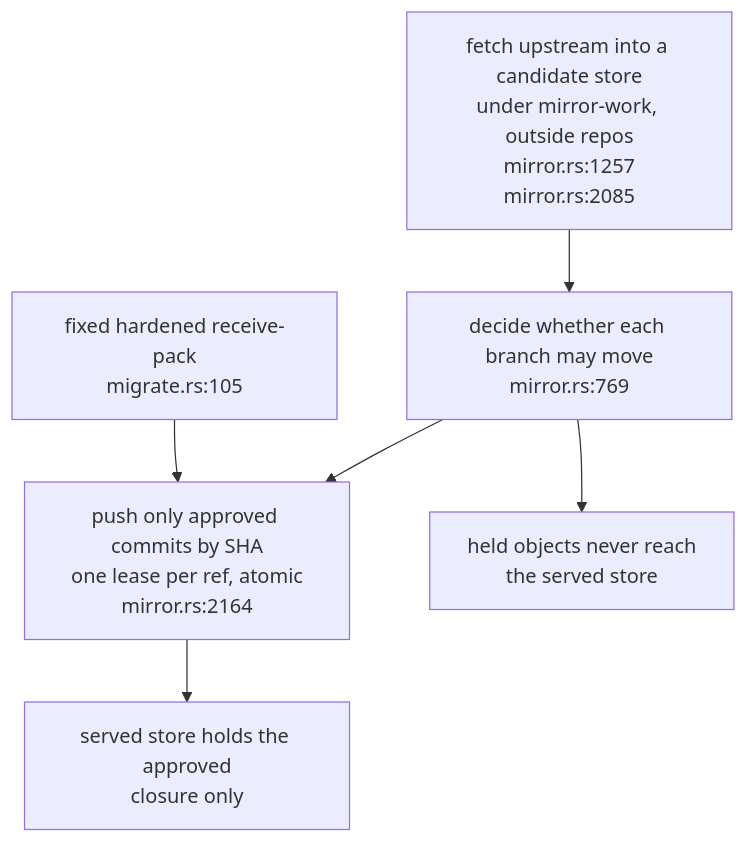
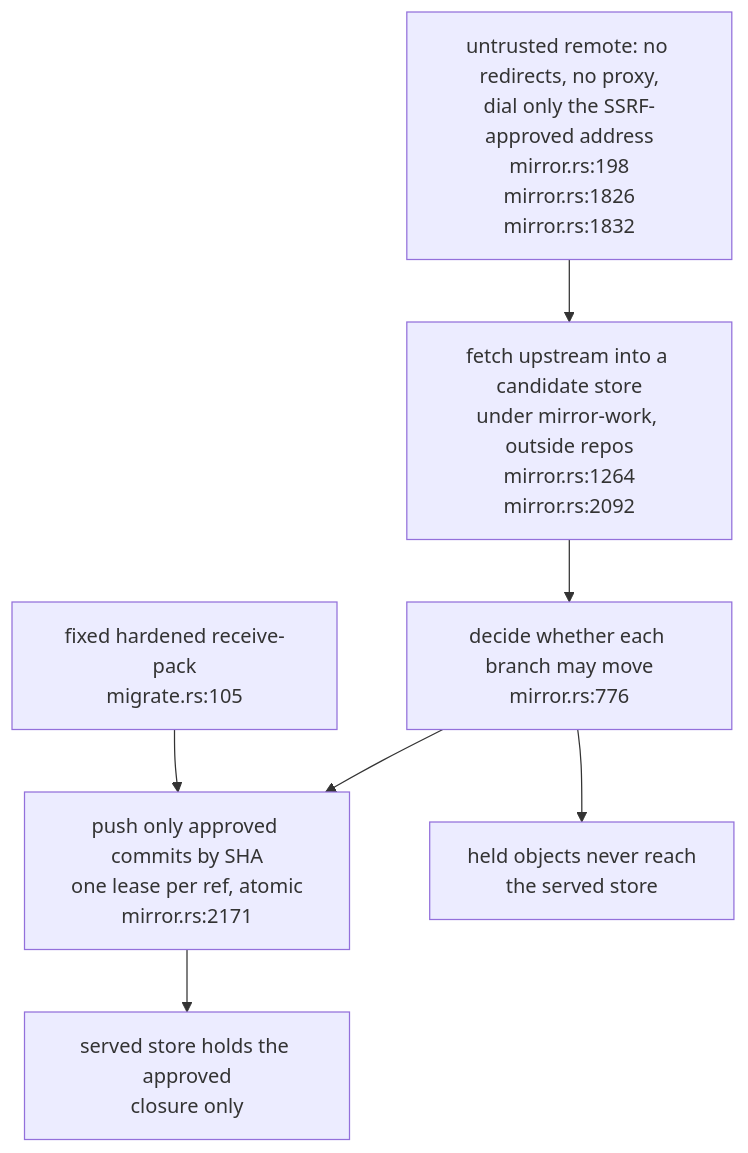
One commit to DreamLab-AI/VisionFlow changed the third of 4 diagrams in docs/diagrams/solid-pod-rs/14-git-export-boundaries.md. Above: the diagram before and after it, drawn with Mermaid. The commit also changed other lines of this file and 1 other file, not shown here.

First line of the commit message:
docs(diagrams): SP-08, SP-14 re-verified at solid-pod-rs a28a748

````diff
--- a/docs/diagrams/solid-pod-rs/14-git-export-boundaries.md
+++ b/docs/diagrams/solid-pod-rs/14-git-export-boundaries.md
@@ -61,12 +62,13 @@
 ```mermaid
 flowchart TD
-    FETCH["fetch upstream into a candidate store<br/>under mirror-work, outside repos<br/>mirror.rs:1257<br/>mirror.rs:2085"]
-    VERDICT["decide whether each branch may move<br/>mirror.rs:769"]
-    PUBLISH["push only approved commits by SHA<br/>one lease per ref, atomic<br/>mirror.rs:2164"]
+    FETCH["fetch upstream into a candidate store<br/>under mirror-work, outside repos<br/>mirror.rs:1264<br/>mirror.rs:2092"]
+    PIN["untrusted remote: no redirects, no proxy,<br/>dial only the SSRF-approved address<br/>mirror.rs:198<br/>mirror.rs:1826<br/>mirror.rs:1832"]
+    VERDICT["decide whether each branch may move<br/>mirror.rs:776"]
+    PUBLISH["push only approved commits by SHA<br/>one lease per ref, atomic<br/>mirror.rs:2171"]
     RP["fixed hardened receive-pack<br/>migrate.rs:105"]
     SERVED["served store holds the approved<br/>closure only"]
     HELD["held objects never reach<br/>the served store"]
-    FETCH --> VERDICT --> PUBLISH --> SERVED
+    PIN --> FETCH --> VERDICT --> PUBLISH --> SERVED
     RP --> PUBLISH
     VERDICT --> HELD
 ```
````
